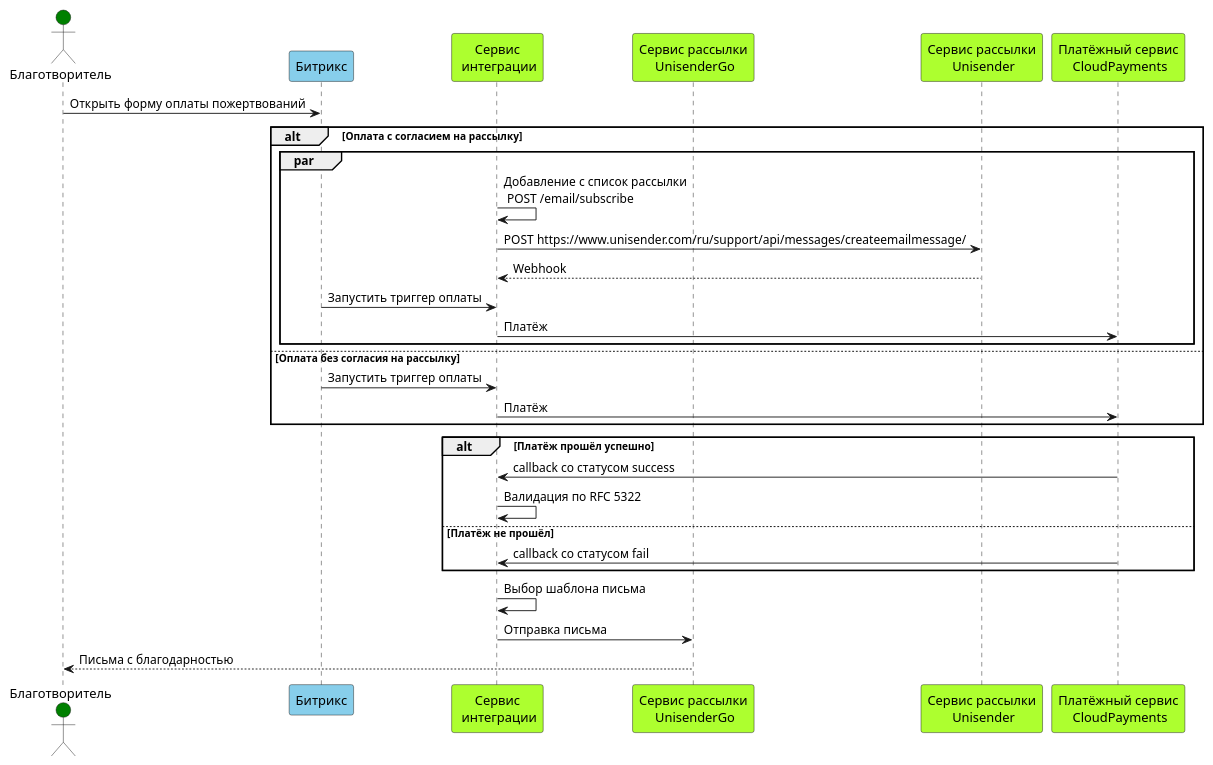
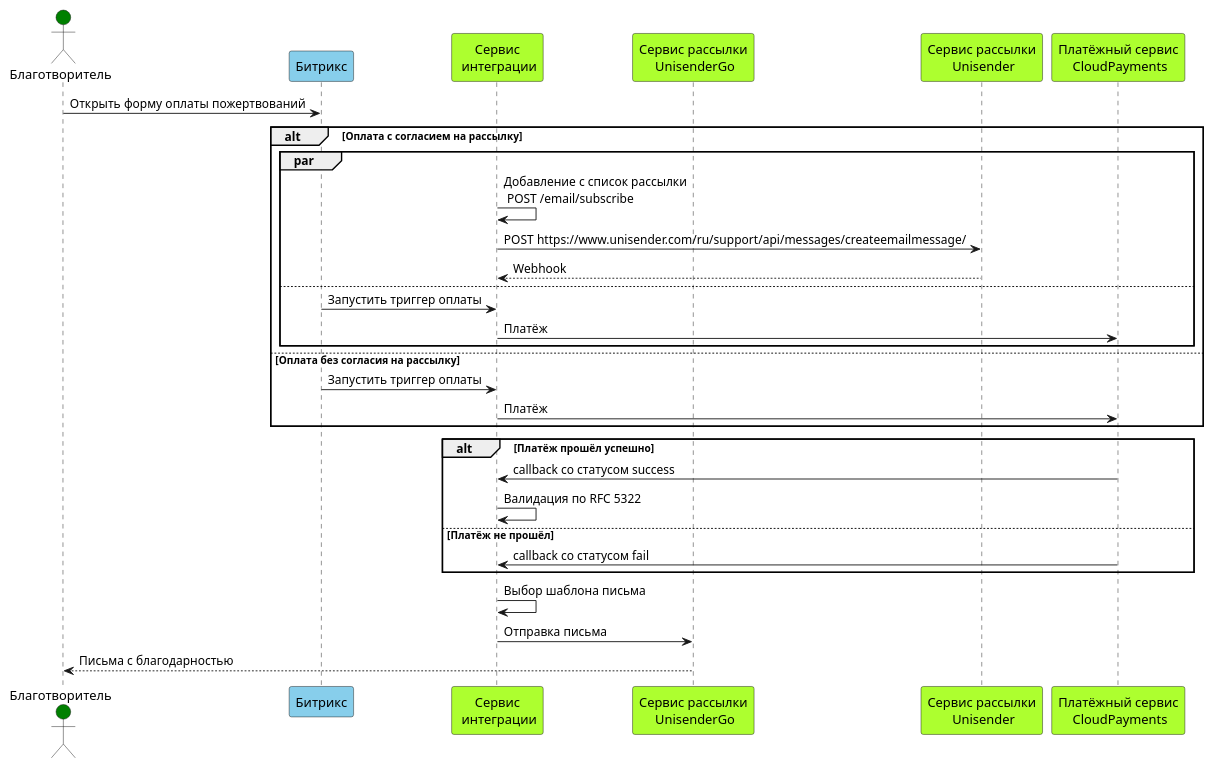
Before and after one commit to trofimovelijah/mayak_integration_service: the diagram in SequenceDiagram/sequenceDiagramDonat.puml, drawn with PlantUML. The commit also changed 5 other files, not shown here.

```diff
--- a/SequenceDiagram/sequenceDiagramDonat.puml
+++ b/SequenceDiagram/sequenceDiagramDonat.puml
@@ -1,38 +1,39 @@
 @startuml Donation
 
 ' Определение участников диаграммы
 actor "Благотворитель" as Donor #Green
 participant "Битрикс" as Bitrix #SkyBlue
 participant "Сервис\n интеграции" as IntService #GreenYellow
 participant "Сервис рассылки\n UnisenderGo" as UnisenderGo #GreenYellow
 participant "Сервис рассылки\n Unisender" as Unisender #GreenYellow
 participant "Платёжный сервис\n CloudPayments" as CloudPayments #GreenYellow
 
 ' Описание последовательности сообщений
 Donor -> Bitrix: Открыть форму оплаты пожертвований
 
     alt Оплата с согласием на рассылку
         par 
             IntService -> IntService: Добавление с список рассылки\n POST /email/subscribe
             IntService -> Unisender: POST https://www.unisender.com/ru/support/api/messages/createemailmessage/
             Unisender --> IntService: Webhook
+        else
             Bitrix -> IntService: Запустить триггер оплаты
             IntService -> CloudPayments: Платёж
         end
     else Оплата без согласия на рассылку
         Bitrix -> IntService: Запустить триггер оплаты
         IntService -> CloudPayments: Платёж
     end
 
 alt Платёж прошёл успешно
     CloudPayments -> IntService: callback со статусом success
     IntService -> IntService: Валидация по RFC 5322
 else Платёж не прошёл
     CloudPayments -> IntService: callback со статусом fail
 end
 
 IntService -> IntService: Выбор шаблона письма
 IntService -> UnisenderGo: Отправка письма
 UnisenderGo --> Donor: Письма с благодарностью
 
 @enduml
```
